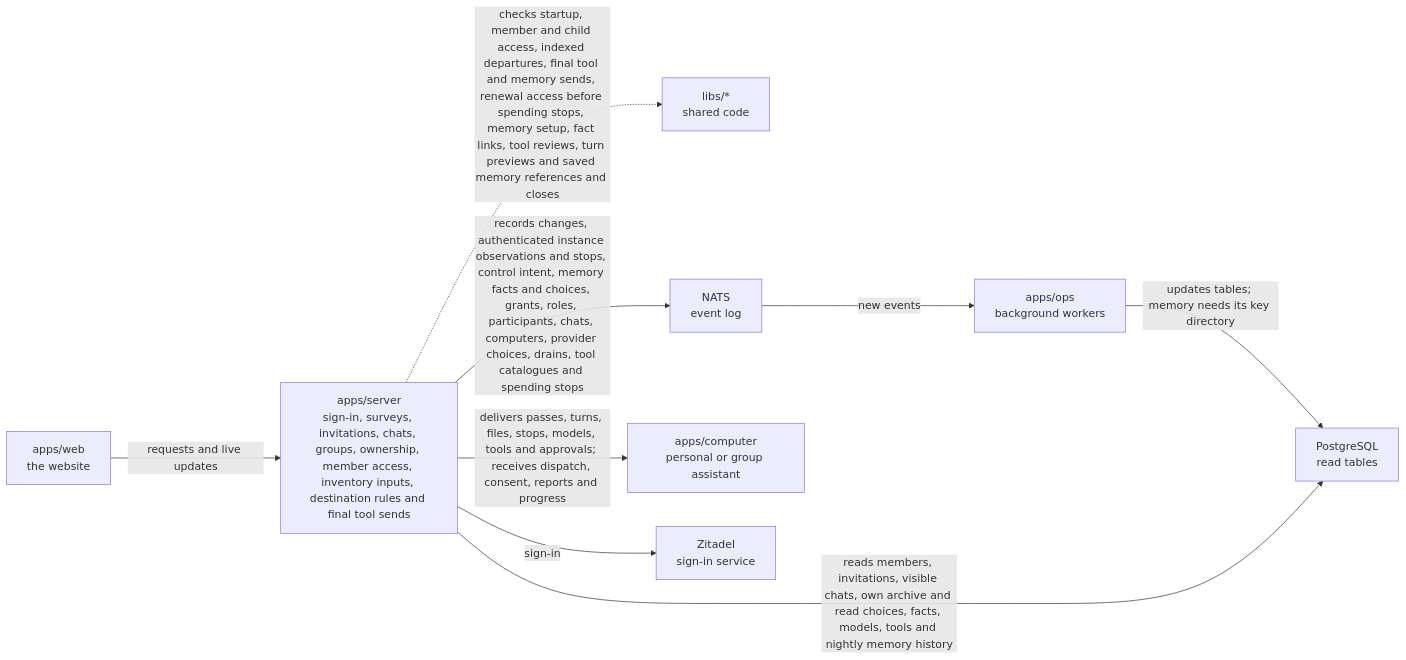
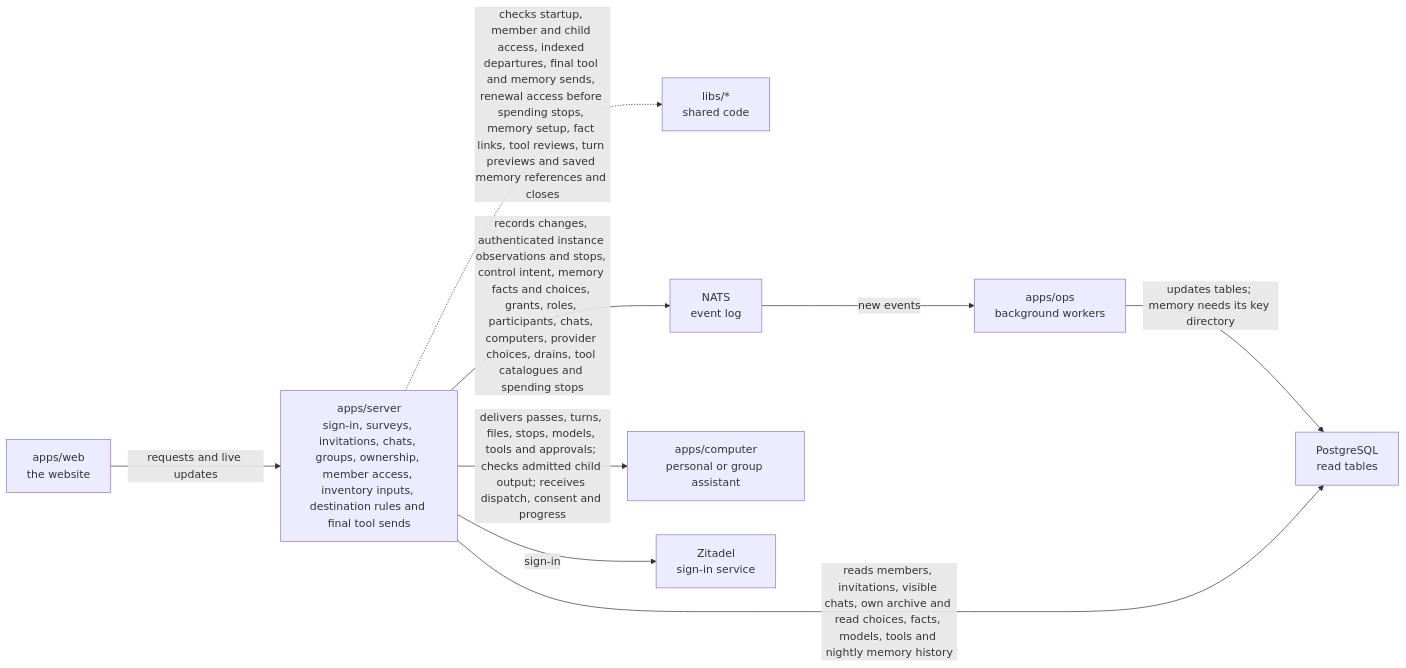
Before and after one commit to elewa-git/opencrane-new: the diagram in apps/server/README.md, drawn with Mermaid. The commit also changed other lines of this file and 6 other files, not shown here.

Commit message:
📝 Explain child output checks and renewed passes

````diff
--- a/apps/server/README.md
+++ b/apps/server/README.md
@@ -11,11 +11,11 @@
 ```mermaid
 flowchart LR
   web["apps/web<br/>the website"] -->|requests and live updates| server["apps/server<br/>sign-in, surveys, invitations, chats, groups, ownership, member access, inventory inputs, destination rules and final tool sends"]
   server -.->|checks startup, member and child access, indexed departures, final tool and memory sends, renewal access before spending stops, memory setup, fact links, tool reviews, turn previews and saved memory references and closes| libs["libs/*<br/>shared code"]
   server -->|records changes, authenticated instance observations and stops, control intent, memory facts and choices, grants, roles, participants, chats, computers, provider choices, drains, tool catalogues and spending stops| nats["NATS<br/>event log"]
   nats -->|new events| ops["apps/ops<br/>background workers"]
   ops -->|updates tables; memory needs its key directory| postgres["PostgreSQL<br/>read tables"]
   server -->|reads members, invitations, visible chats, own archive and read choices, facts, models, tools and nightly memory history| postgres
-  server -->|delivers passes, turns, files, stops, models, tools and approvals; receives dispatch, consent, reports and progress| computer["apps/computer<br/>personal or group assistant"]
+  server -->|delivers passes, turns, files, stops, models, tools and approvals; checks admitted child output; receives dispatch, consent and progress| computer["apps/computer<br/>personal or group assistant"]
   server -->|sign-in| zitadel["Zitadel<br/>sign-in service"]
 ```
````
